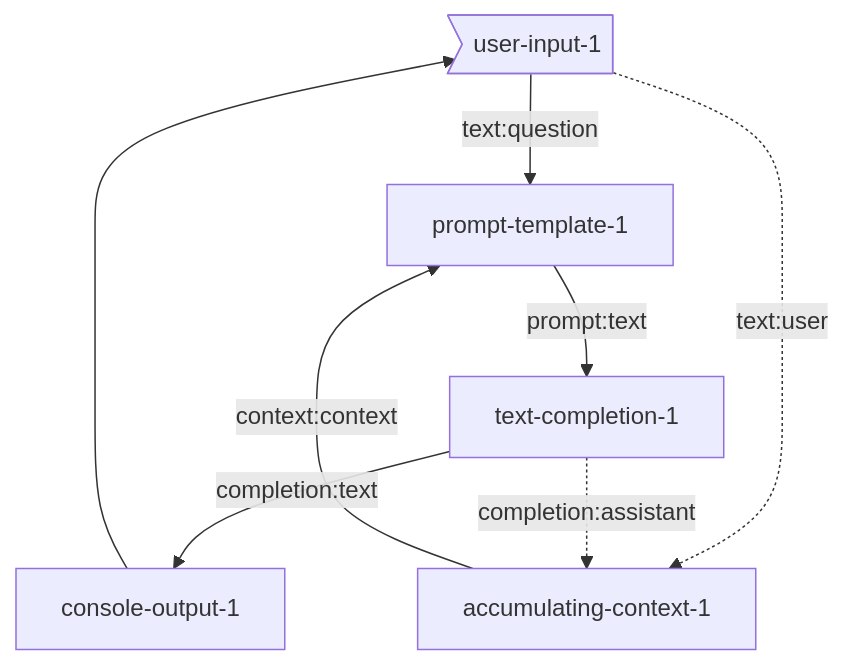
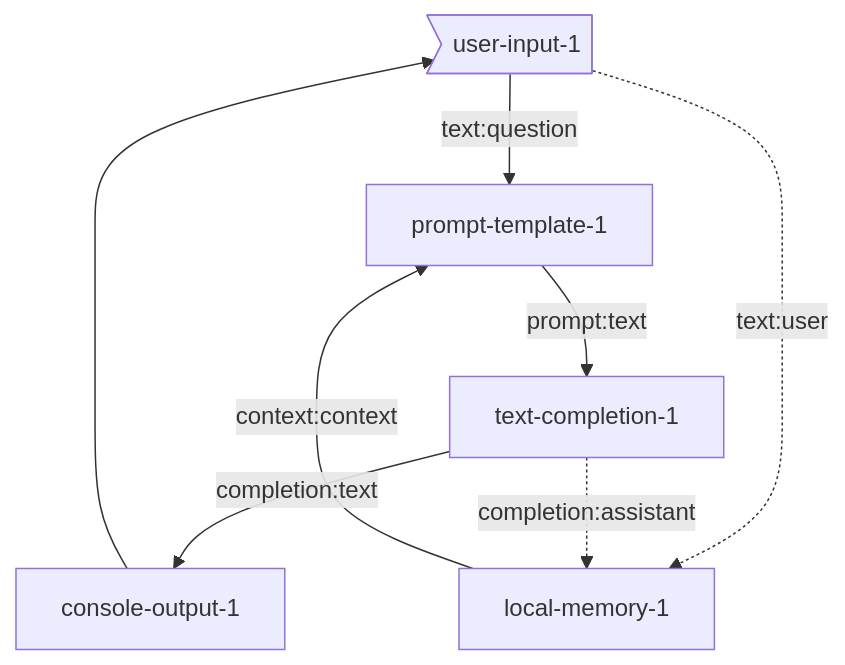
The diagram in seeds/graph-playground/docs/graphs/accumulating-context.md (breadboard-ai/breadboard), drawn with Mermaid before and after one commit. The commit also changed 6 other files, not shown here.

Commit message:
[graph-playground] Replace `accumulating-context` with `local-memory`.

````diff
--- a/seeds/graph-playground/docs/graphs/accumulating-context.md
+++ b/seeds/graph-playground/docs/graphs/accumulating-context.md
@@ -4,10 +4,10 @@
 ```mermaid
 graph TD;
 user-input-1>user-input-1] -- text:question --> prompt-template-1
 prompt-template-1 -- prompt:text --> text-completion-1
 text-completion-1 -- completion:text --> console-output-1
-user-input-1 -. text:user .-> accumulating-context-1
-text-completion-1 -. completion:assistant .-> accumulating-context-1
+user-input-1 -. text:user .-> local-memory-1
+text-completion-1 -. completion:assistant .-> local-memory-1
 console-output-1 --> user-input-1
-accumulating-context-1 -- context:context --> prompt-template-1
+local-memory-1 -- context:context --> prompt-template-1
 ```
````
